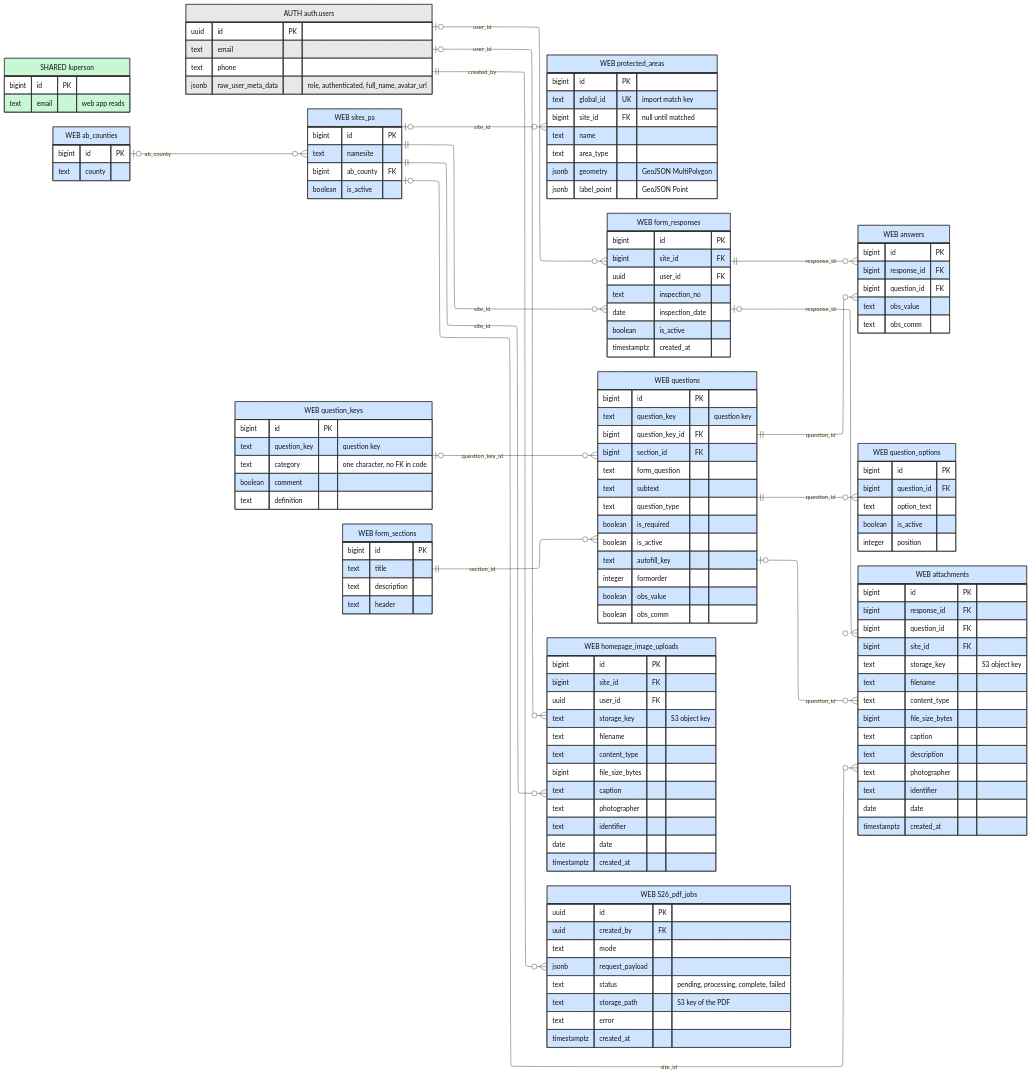
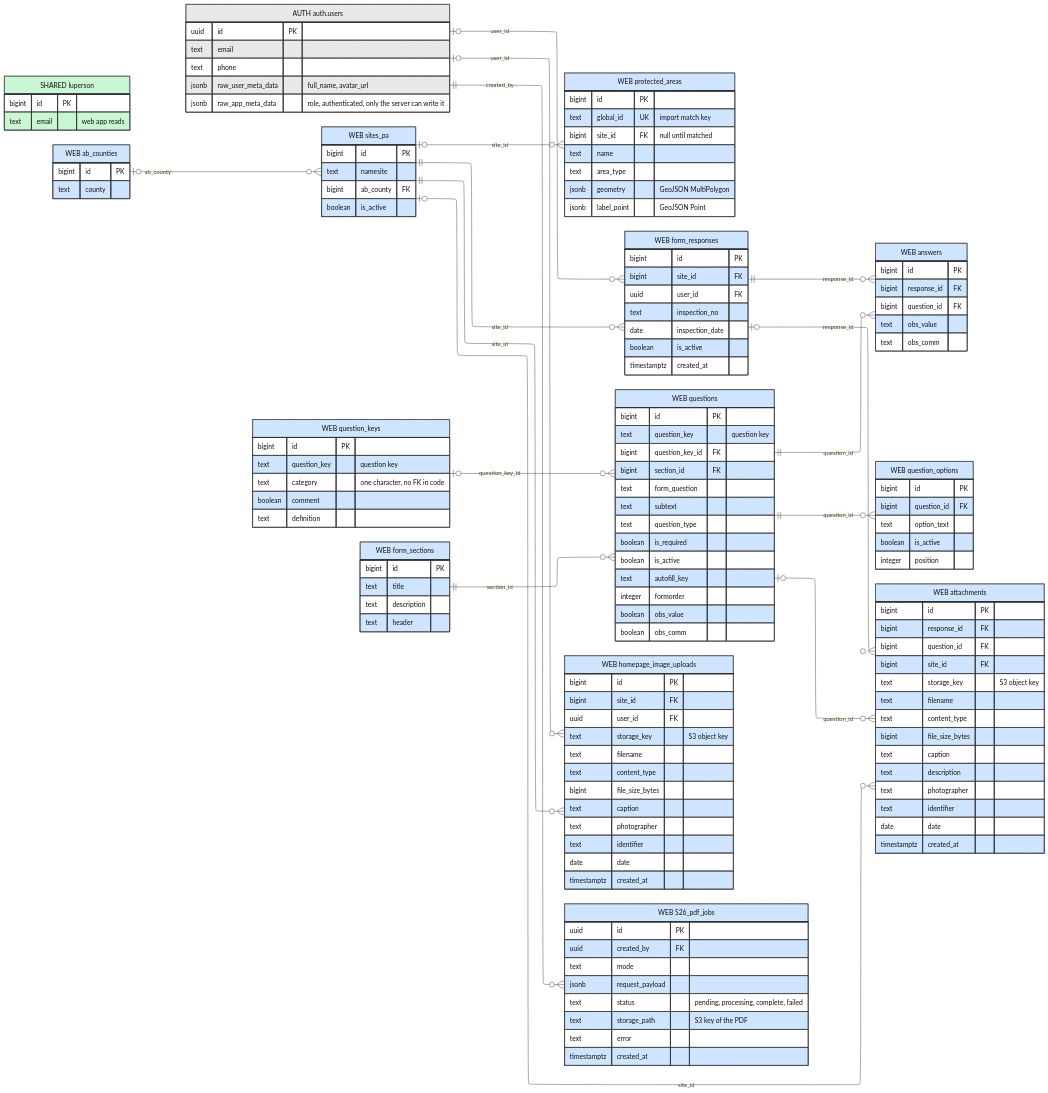
One commit to SAPAA-Dev/W26Project-SAPAA-Dev-Team changed the diagram in docs/assets/ER_Diagram.mmd. Above: the diagram before and after it, drawn with Mermaid. The commit also changed 63 other files, not shown here.

First line of the commit message:
(feat): migrated user_metadata checks to app_metadata (#144)

```diff
--- a/docs/assets/ER_Diagram.mmd
+++ b/docs/assets/ER_Diagram.mmd
@@ -1,198 +1,199 @@
 ---
 config:
   layout: elk
 ---
 erDiagram
     %% CURRENT SCHEMA: WEB APP (verified against the code on 2026-09-28)
     %% One Supabase database holds two inspection systems:
     %%   WEB    = form_responses, answers, sites_pa, S26_pdf_jobs, and others. Used only by webapp/.
     %%   LEGACY = inspectheader, inspectdetails, and others. Used by FNR/ and
     %%            googleSheets/code.gs. See ER_Diagram_Legacy.mmd.
     %%   SHARED = luperson. The only table that all three clients use.
     %% Data in one system is not visible in the other system.
 
     %% Rules for this diagram:
     %% - A column is shown only if the code reads or writes it. Evidence:
     %%   webapp/utils/supabase/queries.ts, webapp/utils/form-actions.ts,
     %%   webapp/app/api/, webapp/lib/pdf/, and the local schema
     %%   webapp/supabase/migrations/20260925000000_local_app_schema.sql.
     %% - The production database can have more columns. They are not shown.
     %% - Mermaid does not allow spaces or hyphens in names. The quoted comment
     %%   gives the real column name when it is different.
     %% - The web app keys users by auth.users.id. It uses luperson only to check
     %%   if an email belongs to a steward (queries.ts:349-359). There is no
     %%   foreign key between auth.users and luperson.
 
     %% Tables that the earlier diagram showed but the code does not use:
     %% luperson, lumembertype, types, typessub,
     %% naturalregion, naturalregionsub, questions_category,
     %% recreational_activities and their join tables. They can exist in
     %% the database. They are not shown because no code uses them.
     direction LR
 
     auth_users["AUTH auth.users"] {
         uuid id PK
         text email
         text phone
-        jsonb raw_user_meta_data "role, authenticated, full_name, avatar_url"
+        jsonb raw_user_meta_data "full_name, avatar_url"
+        jsonb raw_app_meta_data "role, authenticated, only the server can write it"
     }
 
     luperson["SHARED luperson"] {
         bigint id PK
         text email "web app reads"
     }
 
     sites_pa["WEB sites_pa"] {
         bigint id PK
         text namesite
         bigint ab_county FK
         boolean is_active
     }
 
     protected_areas["WEB protected_areas"] {
         bigint id PK
         text global_id UK "import match key"
         bigint site_id FK "null until matched"
         text name
         text area_type
         jsonb geometry "GeoJSON MultiPolygon"
         jsonb label_point "GeoJSON Point"
     }
 
     ab_counties["WEB ab_counties"] {
         bigint id PK
         text county
     }
 
     form_responses["WEB form_responses"] {
         bigint id PK
         bigint site_id FK
         uuid user_id FK
         text inspection_no
         date inspection_date
         boolean is_active
         timestamptz created_at
     }
 
     answers["WEB answers"] {
         bigint id PK
         bigint response_id FK
         bigint question_id FK
         text obs_value
         text obs_comm
     }
 
     questions["WEB questions"] {
         bigint id PK
         text question_key "question key"
         bigint question_key_id FK
         bigint section_id FK
         text form_question
         text subtext
         text question_type
         boolean is_required
         boolean is_active
         text autofill_key
         integer formorder
         boolean obs_value
         boolean obs_comm
     }
 
     question_keys["WEB question_keys"] {
         bigint id PK
         text question_key "question key"
         text category "one character, no FK in code"
         boolean comment
         text definition
     }
 
     question_options["WEB question_options"] {
         bigint id PK
         bigint question_id FK
         text option_text
         boolean is_active
         integer position
     }
 
     form_sections["WEB form_sections"] {
         bigint id PK
         text title
         text description
         text header
     }
 
     attachments["WEB attachments"] {
         bigint id PK
         bigint response_id FK
         bigint question_id FK
         bigint site_id FK
         text storage_key "S3 object key"
         text filename
         text content_type
         bigint file_size_bytes
         text caption
         text description
         text photographer
         text identifier
         date date
         timestamptz created_at
     }
 
     homepage_image_uploads["WEB homepage_image_uploads"] {
         bigint id PK
         bigint site_id FK
         uuid user_id FK
         text storage_key "S3 object key"
         text filename
         text content_type
         bigint file_size_bytes
         text caption
         text photographer
         text identifier
         date date
         timestamptz created_at
     }
 
     S26_pdf_jobs["WEB S26_pdf_jobs"] {
         uuid id PK
         uuid created_by FK
         text mode
         jsonb request_payload
         text status "pending, processing, complete, failed"
         text storage_path "S3 key of the PDF"
         text error
         timestamptz created_at
     }
 
     ab_counties |o--o{ sites_pa : "ab_county"
     sites_pa |o--o{ protected_areas : "site_id"
     sites_pa ||--o{ form_responses : "site_id"
     auth_users |o--o{ form_responses : "user_id"
     form_responses ||--o{ answers : "response_id"
     questions ||--o{ answers : "question_id"
     form_sections ||--o{ questions : "section_id"
     question_keys |o--o{ questions : "question_key_id"
     questions ||--o{ question_options : "question_id"
     form_responses |o--o{ attachments : "response_id"
     questions |o--o{ attachments : "question_id"
     sites_pa |o--o{ attachments : "site_id"
     sites_pa ||--o{ homepage_image_uploads : "site_id"
     auth_users |o--o{ homepage_image_uploads : "user_id"
     auth_users ||--o{ S26_pdf_jobs : "created_by"
 
     classDef auth fill:#e8e8e8,stroke:#333,color:#111
     classDef shared fill:#c9f7d4,stroke:#333,color:#111
     classDef web fill:#cfe4ff,stroke:#333,color:#111
 
     class auth_users auth
     class luperson shared
     class sites_pa,protected_areas,ab_counties,form_responses,answers,questions,question_keys,question_options,form_sections,attachments,homepage_image_uploads,S26_pdf_jobs web
 
     %% Other data that the web app reads, not shown as tables:
     %% - Legacy read models sites_report_fnr_test (webapp/app/api/heatmap/route.ts)
     %%   and sites_list_fnr, sites_detail_fnr_test (queries.ts:260, 520). The
     %%   two functions in queries.ts have no caller in webapp/app or
     %%   webapp/components. See ER_Diagram_Legacy.mmd.
     %% - RPC functions get_naturalness_distribution and
     %%   get_top_sites_distribution (queries.ts:940, 950).
     %% - Image and PDF files are in AWS S3, not in Supabase Storage.
```
